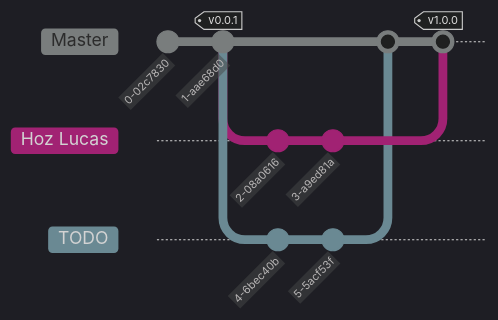
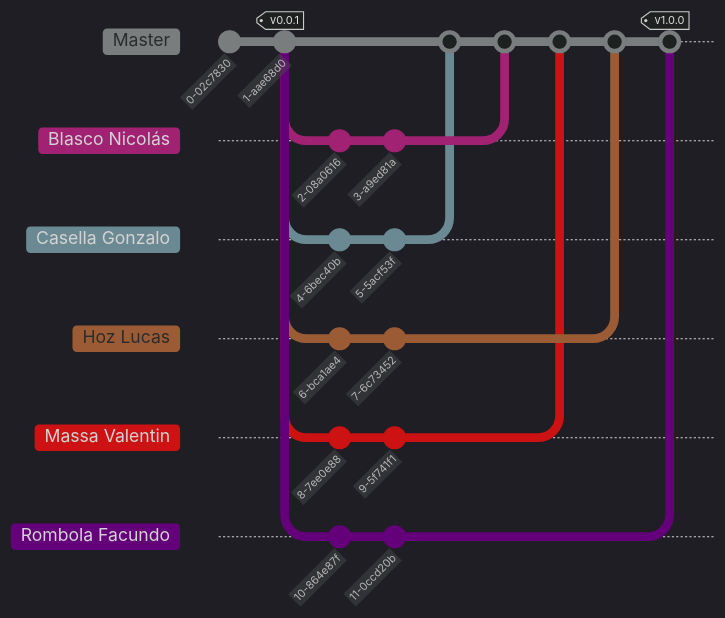
The diagram in README.md (hozlucas28/C-Algorithms-Practical-Work-2025), drawn with Mermaid before and after one commit. The commit also changed other lines of this file and 1 other file, not shown here. Commit ids are hidden.

Commit message:
docs: complete `README.md` #2

````diff
--- a/README.md
+++ b/README.md
@@ -141,16 +141,31 @@
 ```mermaid
 %%{init: { 'logLevel': 'debug', 'theme': 'dark', 'gitGraph': {'showBranches': true, 'showCommitLabel': true, 'mainBranchName': 'Master', 'parallelCommits': true}} }%%
     gitGraph:
         commit
         commit tag: "v0.0.1"
+        branch "Blasco Nicolás"
+        commit
+        commit
+        checkout Master
+        branch "Casella Gonzalo"
+        commit
+        commit
+        checkout Master
         branch "Hoz Lucas"
         commit
         commit
         checkout Master
-        branch "TODO"
+        branch "Massa Valentin"
         commit
         commit
         checkout Master
-        merge "TODO"
-        merge "Hoz Lucas" tag: "v1.0.0"
+        branch "Rombola Facundo"
+        commit
+        commit
+        checkout Master
+        merge "Casella Gonzalo"
+        merge "Blasco Nicolás"
+        merge "Massa Valentin"
+        merge "Hoz Lucas"
+        merge "Rombola Facundo" tag: "v1.0.0"
 ```
````
